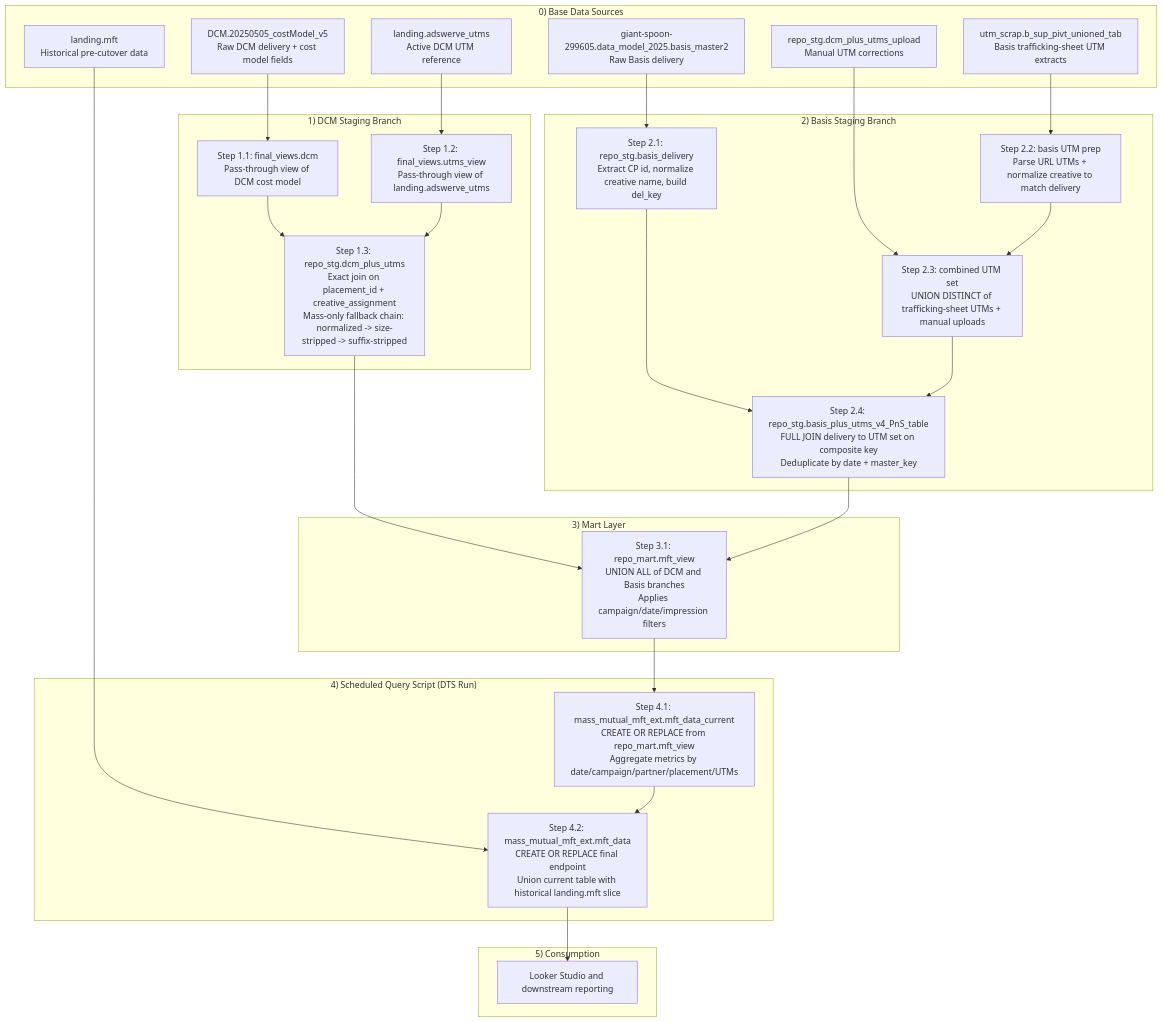
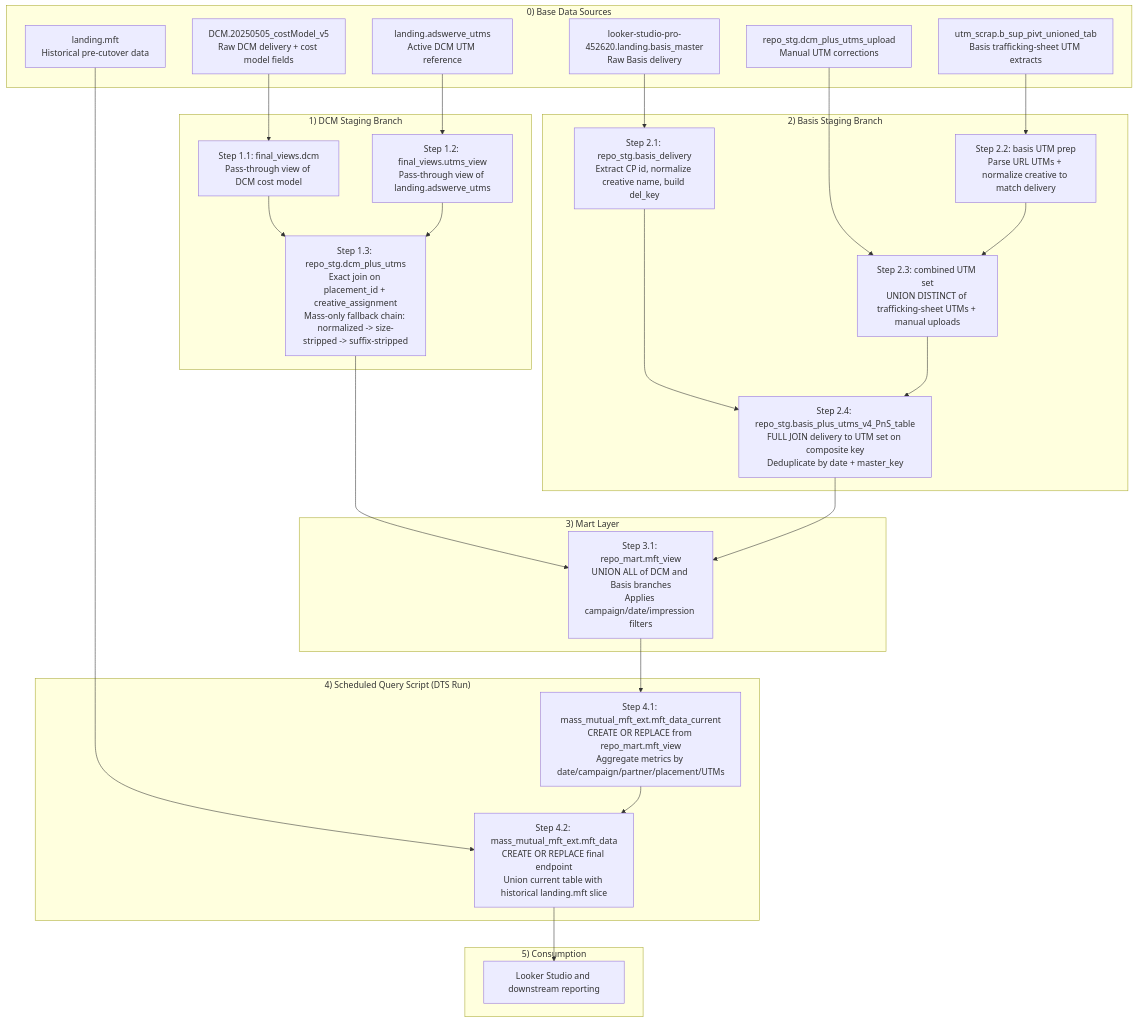
One commit to genetsen/looker_personal changed the diagram in mft/README.md. Above: the diagram before and after it, drawn with Mermaid. The commit also changed other lines of this file and 1 other file, not shown here.

First line of the commit message:
Document MFT Basis migration risk

````diff
--- a/mft/README.md
+++ b/mft/README.md
@@ -57,65 +57,65 @@
 ```mermaid
 flowchart TD
     %% Sources
     subgraph S["0) Base Data Sources"]
         DCM0["DCM.20250505_costModel_v5<br/>Raw DCM delivery + cost model fields"]
-        BASIS0["giant-spoon-299605.data_model_2025.basis_master2<br/>Raw Basis delivery"]
+        BASIS0["looker-studio-pro-452620.landing.basis_master<br/>Raw Basis delivery"]
         UTM1["landing.adswerve_utms<br/>Active DCM UTM reference"]
         UTM2["utm_scrap.b_sup_pivt_unioned_tab<br/>Basis trafficking-sheet UTM extracts"]
         UTM3["repo_stg.dcm_plus_utms_upload<br/>Manual UTM corrections"]
         HIST0["landing.mft<br/>Historical pre-cutover data"]
     end
 
     %% DCM staging path
     subgraph D["1) DCM Staging Branch"]
         D1["Step 1.1: final_views.dcm<br/>Pass-through view of DCM cost model"]
         D2["Step 1.2: final_views.utms_view<br/>Pass-through view of landing.adswerve_utms"]
         D3["Step 1.3: repo_stg.dcm_plus_utms<br/>Exact join on placement_id + creative_assignment<br/>Mass-only fallback chain: normalized -> size-stripped -> suffix-stripped"]
     end
 
     %% Basis staging path
     subgraph B["2) Basis Staging Branch"]
         B1["Step 2.1: repo_stg.basis_delivery<br/>Extract CP id, normalize creative name, build del_key"]
         B2["Step 2.2: basis UTM prep<br/>Parse URL UTMs + normalize creative to match delivery"]
         B3["Step 2.3: combined UTM set<br/>UNION DISTINCT of trafficking-sheet UTMs + manual uploads"]
         B4["Step 2.4: repo_stg.basis_plus_utms_v4_PnS_table<br/>FULL JOIN delivery to UTM set on composite key<br/>Deduplicate by date + master_key"]
     end
 
     %% Mart
     subgraph M["3) Mart Layer"]
         M1["Step 3.1: repo_mart.mft_view<br/>UNION ALL of DCM and Basis branches<br/>Applies campaign/date/impression filters"]
     end
 
     %% Scheduled endpoint build
     subgraph Q["4) Scheduled Query Script (DTS Run)"]
         Q1["Step 4.1: mass_mutual_mft_ext.mft_data_current<br/>CREATE OR REPLACE from repo_mart.mft_view<br/>Aggregate metrics by date/campaign/partner/placement/UTMs"]
         Q2["Step 4.2: mass_mutual_mft_ext.mft_data<br/>CREATE OR REPLACE final endpoint<br/>Union current table with historical landing.mft slice"]
     end
 
     %% Consumption
     subgraph C["5) Consumption"]
         C1["Looker Studio and downstream reporting"]
     end
 
     %% Edges: source -> dcm
     DCM0 --> D1
     UTM1 --> D2
     D1 --> D3
     D2 --> D3
 
     %% Edges: source -> basis
     BASIS0 --> B1
     UTM2 --> B2
     UTM3 --> B3
     B2 --> B3
     B1 --> B4
     B3 --> B4
 
     %% Edges: branch -> mart -> endpoint
     D3 --> M1
     B4 --> M1
     M1 --> Q1
     HIST0 --> Q2
     Q1 --> Q2
     Q2 --> C1
 ```
````
